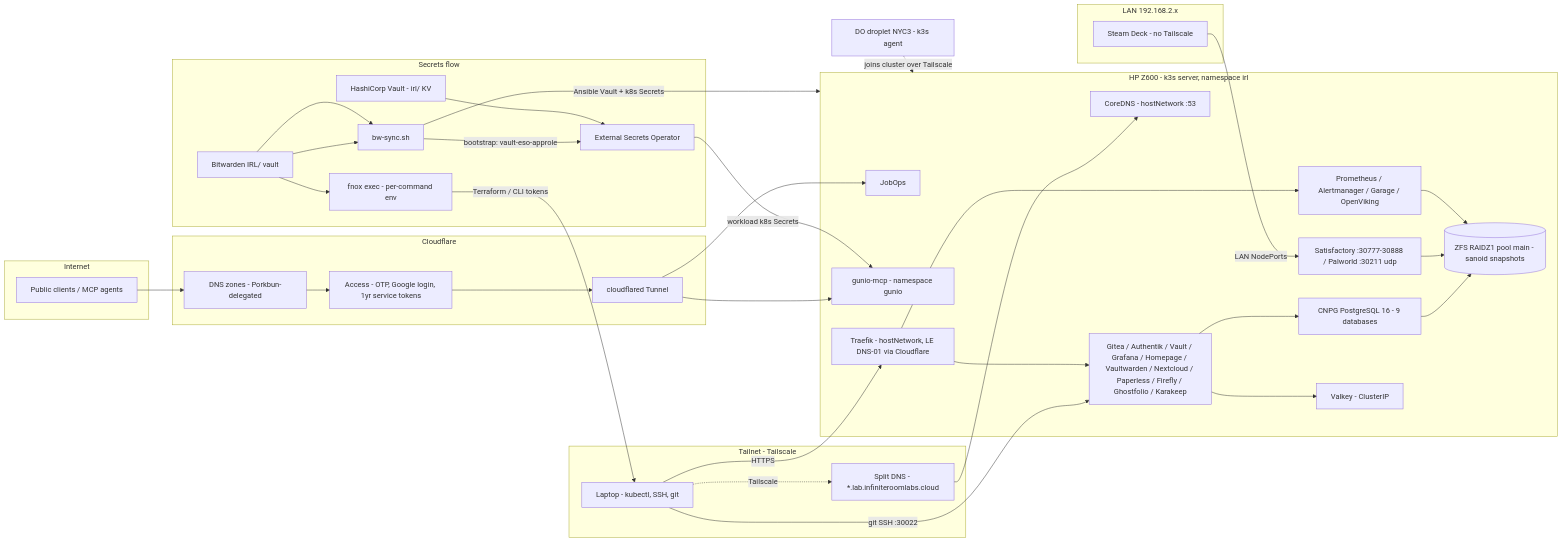
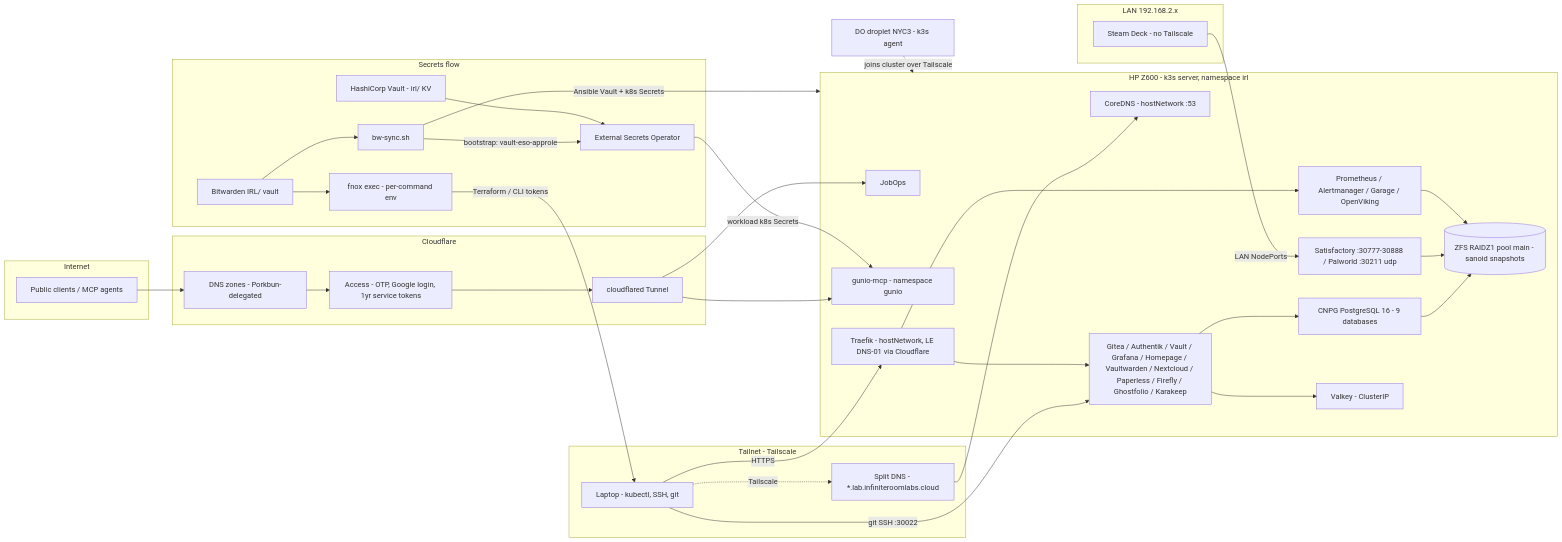
The diagram in README.md (InfiniteRoomLabs/infinite-room-labs-infra), drawn with Mermaid before and after one commit. The commit also changed 4 other files, not shown here.

````diff
--- a/README.md
+++ b/README.md
@@ -67,63 +67,63 @@
 ```mermaid
 flowchart LR
     subgraph internet[Internet]
         pub[Public clients / MCP agents]
     end
 
     subgraph cf[Cloudflare]
         zones[DNS zones - Porkbun-delegated]
         access[Access - OTP, Google login, 1yr service tokens]
         tunnel[cloudflared Tunnel]
     end
 
     subgraph tailnet[Tailnet - Tailscale]
         laptop[Laptop - kubectl, SSH, git]
         splitdns[Split DNS - *.lab.infiniteroomlabs.cloud]
     end
 
     subgraph lan[LAN 192.168.2.x]
         deck[Steam Deck - no Tailscale]
     end
 
     subgraph z600[HP Z600 - k3s server, namespace irl]
         coredns[CoreDNS - hostNetwork :53]
         traefik[Traefik - hostNetwork, LE DNS-01 via Cloudflare]
         jobops[JobOps]
         gunio[gunio-mcp - namespace gunio]
         websvcs[Gitea / Authentik / Vault / Grafana / Homepage / Vaultwarden / Nextcloud / Paperless / Firefly / Ghostfolio / Karakeep]
         intsvcs[Prometheus / Alertmanager / Garage / OpenViking]
         games[Satisfactory :30777-30888 / Palworld :30211 udp]
         cnpg[CNPG PostgreSQL 16 - 9 databases]
         valkey[Valkey - ClusterIP]
         zfs[(ZFS RAIDZ1 pool main - sanoid snapshots)]
     end
 
     doagent[DO droplet NYC3 - k3s agent]
 
     pub --> zones --> access --> tunnel --> jobops
     tunnel --> gunio
     laptop -.->|Tailscale| splitdns --> coredns
     laptop -->|HTTPS| traefik
     laptop -->|git SSH :30022| websvcs
     traefik --> websvcs
     traefik --> intsvcs
     deck -->|LAN NodePorts| games
     doagent -.->|joins cluster over Tailscale| z600
     websvcs --> cnpg
     websvcs --> valkey
     cnpg --> zfs
     games --> zfs
     intsvcs --> zfs
 
     subgraph secrets[Secrets flow]
         bw[Bitwarden IRL/ vault]
         fnox[fnox exec - per-command env]
         bwsync[bw-sync.sh]
         hvault[HashiCorp Vault - irl/ KV]
         eso[External Secrets Operator]
     end
     bw --> fnox -->|Terraform / CLI tokens| laptop
     bw --> bwsync -->|Ansible Vault + k8s Secrets| z600
-    bw --> bwsync -->|bootstrap: vault-eso-approle| eso
+    bwsync -->|bootstrap: vault-eso-approle| eso
     hvault --> eso -->|workload k8s Secrets| gunio
 ```
````
